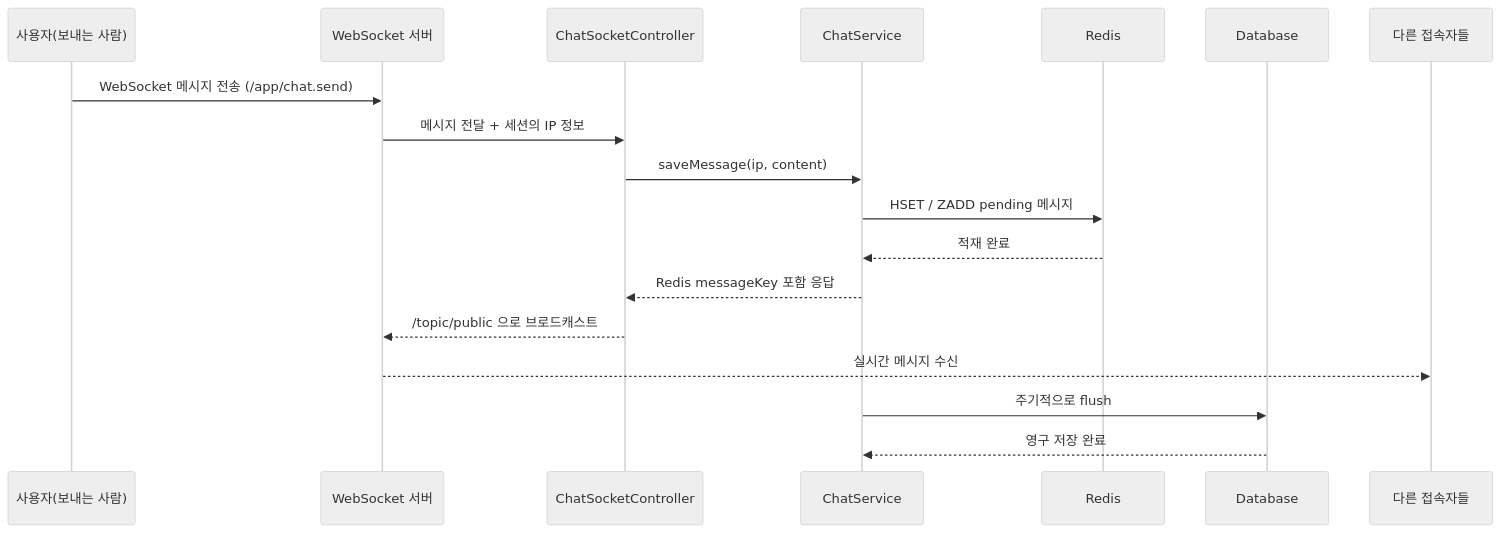
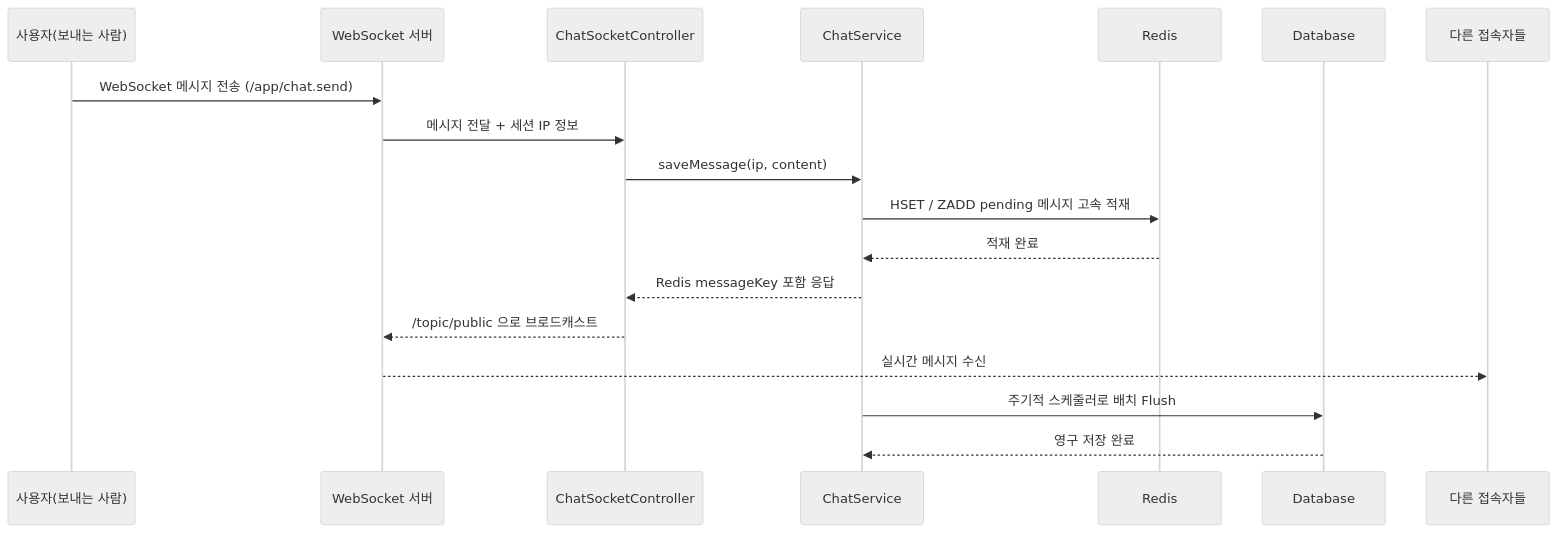
One commit to minwoo19930301/spring-ip-chat changed the second of 2 diagrams in README.md. Above: the diagram before and after it, drawn with Mermaid (neutral theme). The commit also changed other lines of this file and 1 other file, not shown here.

Commit message:
Decorate README.md with badges & architecture diagrams, and add MIT License

````diff
--- a/README.md
+++ b/README.md
@@ -81,21 +82,21 @@
 ```mermaid
 sequenceDiagram
     participant Sender as 사용자(보내는 사람)
     participant WS as WebSocket 서버
     participant C as ChatSocketController
     participant S as ChatService
     participant R as Redis
     participant DB as Database
     participant Others as 다른 접속자들
 
     Sender->>WS: WebSocket 메시지 전송 (/app/chat.send)
-    WS->>C: 메시지 전달 + 세션의 IP 정보
+    WS->>C: 메시지 전달 + 세션 IP 정보
     C->>S: saveMessage(ip, content)
-    S->>R: HSET / ZADD pending 메시지
+    S->>R: HSET / ZADD pending 메시지 고속 적재
     R-->>S: 적재 완료
     S-->>C: Redis messageKey 포함 응답
     C-->>WS: /topic/public 으로 브로드캐스트
     WS-->>Others: 실시간 메시지 수신
-    S->>DB: 주기적으로 flush
+    S->>DB: 주기적 스케줄러로 배치 Flush
     DB-->>S: 영구 저장 완료
 ```
````
